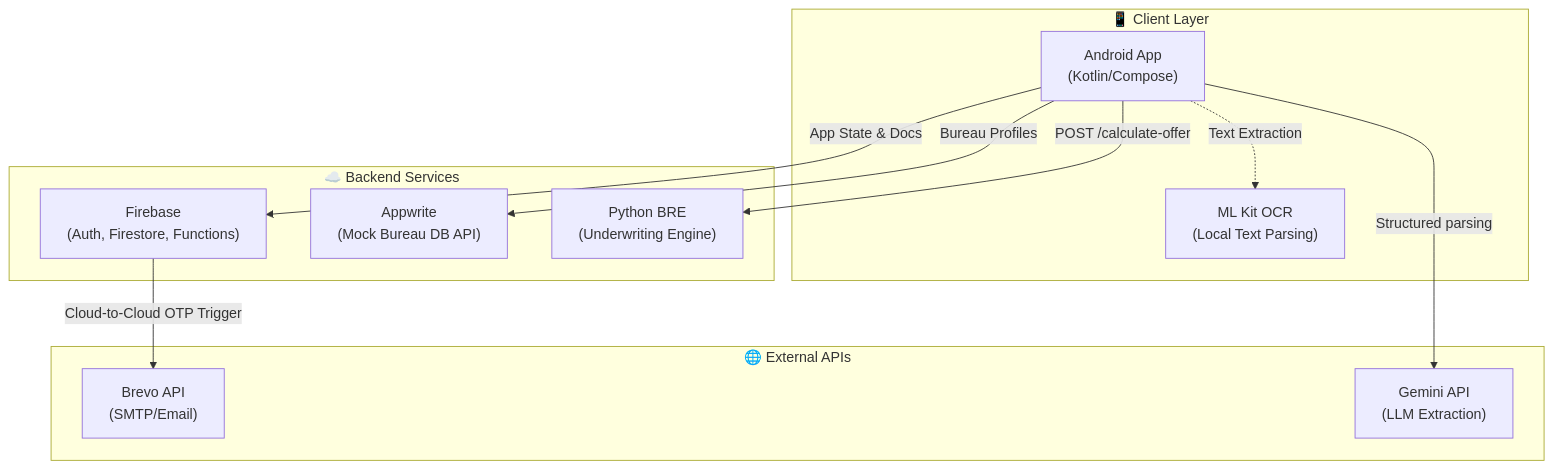
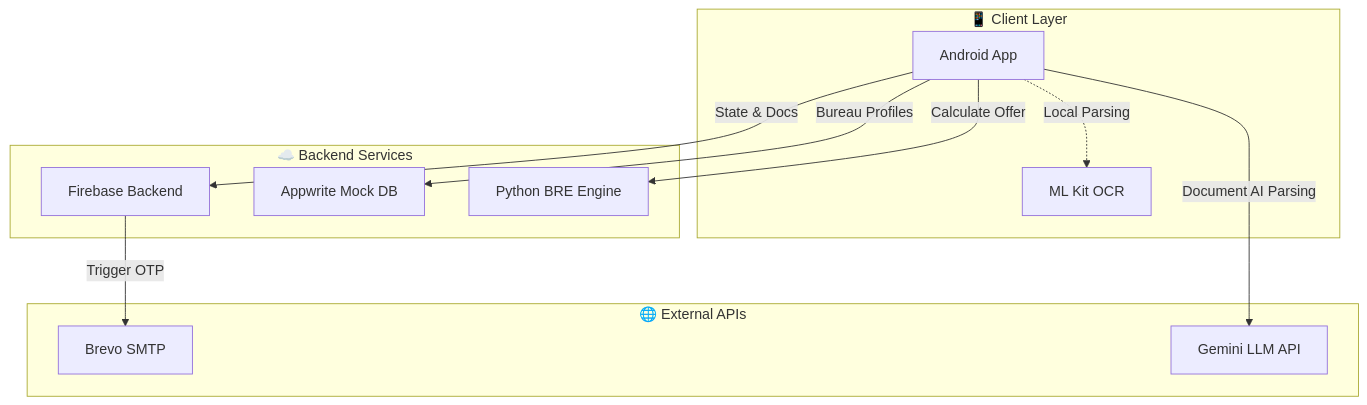
The first of 2 diagrams in README.md (rupinrd3/LoansAI), drawn with Mermaid before and after one commit. The commit also changed other lines of this file, not shown here.

Commit message:
docs: Fix mermaid rendering and use actual app icon in header

````diff
--- a/README.md
+++ b/README.md
@@ -40,25 +40,25 @@
 ```mermaid
-graph TD
-    subgraph "📱 Client Layer"
-        Android["Android App<br/>(Kotlin/Compose)"]
-        OCR["ML Kit OCR<br/>(Local Text Parsing)"]
-        Android -.->|"Text Extraction"| OCR
+flowchart TD
+    subgraph Client ["📱 Client Layer"]
+        Android[Android App]
+        OCR[ML Kit OCR]
+        Android -.->|Local Parsing| OCR
     end
     
-    subgraph "☁️ Backend Services"
-        Firebase["Firebase<br/>(Auth, Firestore, Functions)"]
-        Appwrite["Appwrite<br/>(Mock Bureau DB API)"]
-        BRE["Python BRE<br/>(Underwriting Engine)"]
+    subgraph Backend ["☁️ Backend Services"]
+        Firebase[Firebase Backend]
+        Appwrite[Appwrite Mock DB]
+        BRE[Python BRE Engine]
     end
     
-    subgraph "🌐 External APIs"
-        Brevo["Brevo API<br/>(SMTP/Email)"]
-        Gemini["Gemini API<br/>(LLM Extraction)"]
+    subgraph External ["🌐 External APIs"]
+        Brevo[Brevo SMTP]
+        Gemini[Gemini LLM API]
     end
     
-    Android -->|"App State & Docs"| Firebase
-    Android -->|"Bureau Profiles"| Appwrite
-    Android -->|"POST /calculate-offer"| BRE
-    Android -->|"Structured parsing"| Gemini
-    Firebase -->|"Cloud-to-Cloud OTP Trigger"| Brevo
+    Android -->|State & Docs| Firebase
+    Android -->|Bureau Profiles| Appwrite
+    Android -->|Calculate Offer| BRE
+    Android -->|Document AI Parsing| Gemini
+    Firebase -->|Trigger OTP| Brevo
 ```
````
